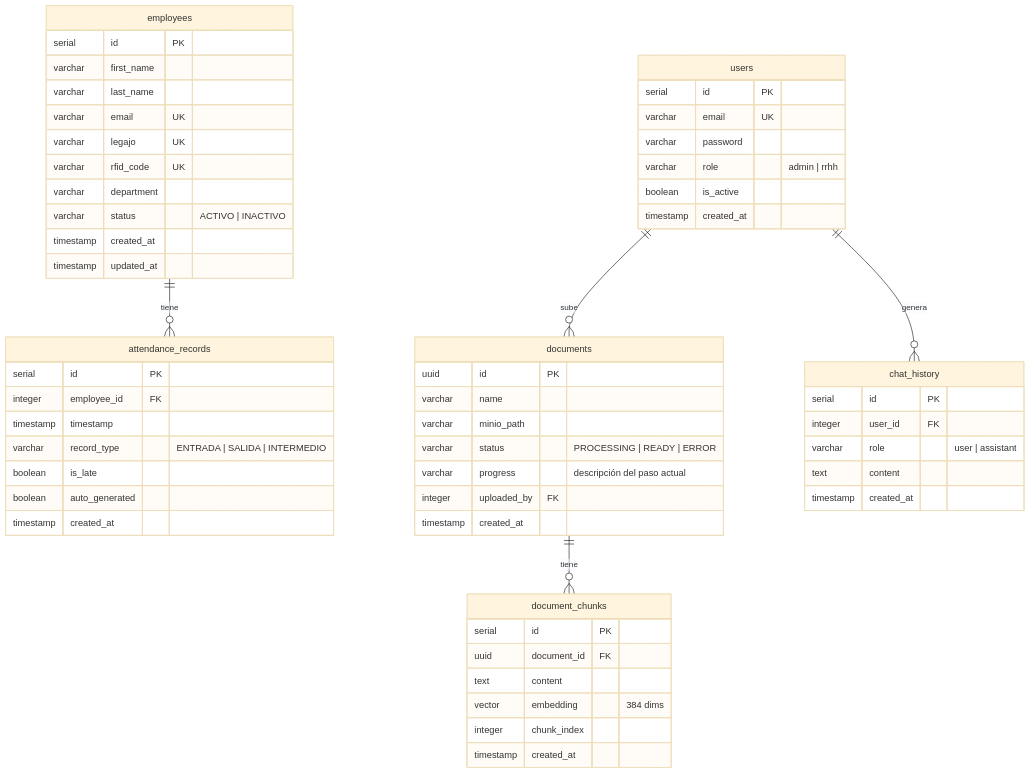
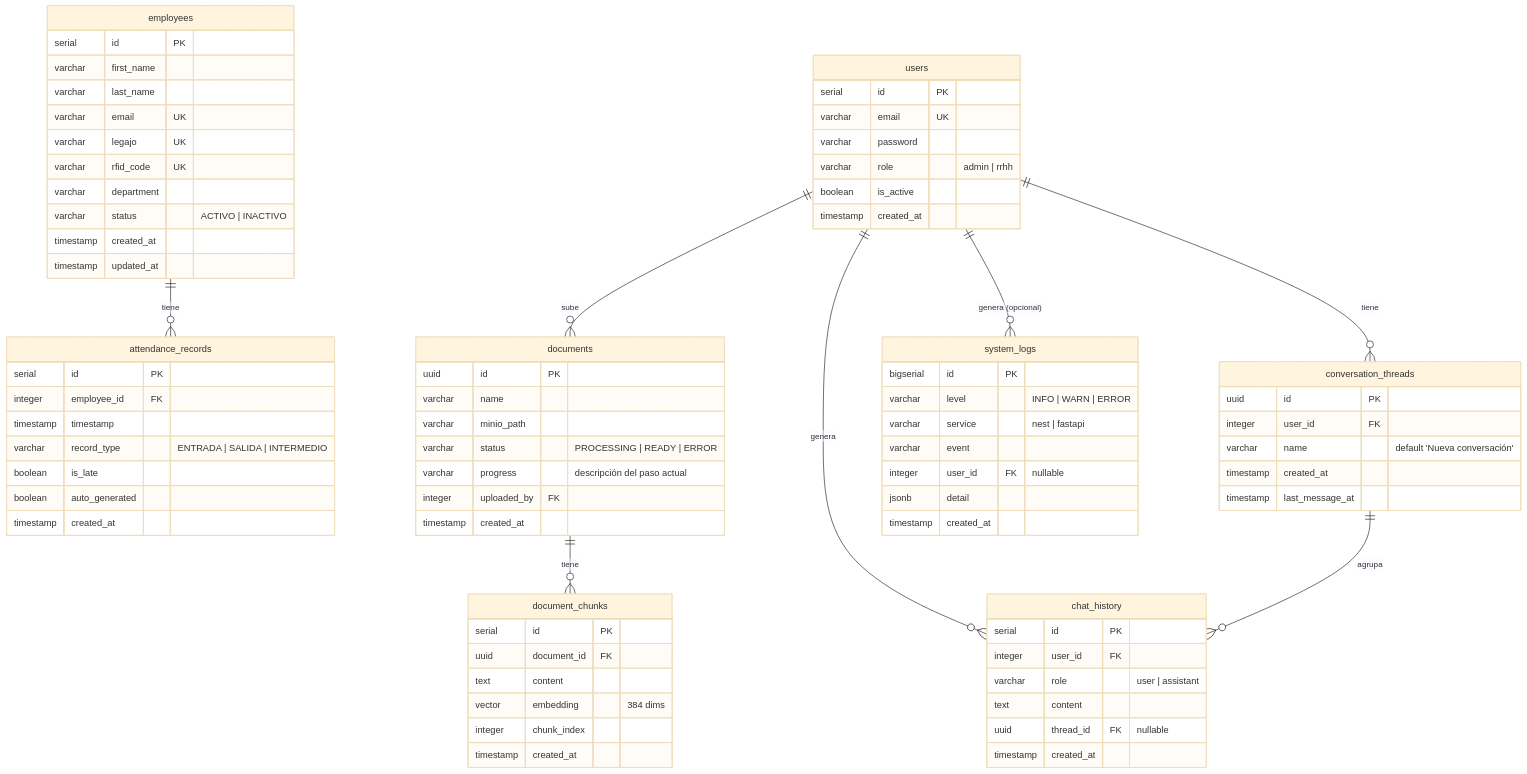
One commit to marianodr/kuaai-intelligent-hrms changed the diagram in docs/architecture/database-schema.md. Above: the diagram before and after it, drawn with Mermaid (base theme). The commit also changed other lines of this file and 6 other files, not shown here.

````diff
--- a/docs/architecture/database-schema.md
+++ b/docs/architecture/database-schema.md
@@ -60,6 +60,25 @@
         integer user_id FK
         varchar role "user | assistant"
         text content
+        uuid thread_id FK "nullable"
+        timestamp created_at
+    }
+
+    conversation_threads {
+        uuid id PK
+        integer user_id FK
+        varchar name "default 'Nueva conversación'"
+        timestamp created_at
+        timestamp last_message_at
+    }
+
+    system_logs {
+        bigserial id PK
+        varchar level "INFO | WARN | ERROR"
+        varchar service "nest | fastapi"
+        varchar event
+        integer user_id FK "nullable"
+        jsonb detail
         timestamp created_at
     }
 
@@ -67,4 +86,7 @@
     users ||--o{ documents : "sube"
     documents ||--o{ document_chunks : "tiene"
     users ||--o{ chat_history : "genera"
+    users ||--o{ conversation_threads : "tiene"
+    conversation_threads ||--o{ chat_history : "agrupa"
+    users ||--o{ system_logs : "genera (opcional)"
 ```
````
